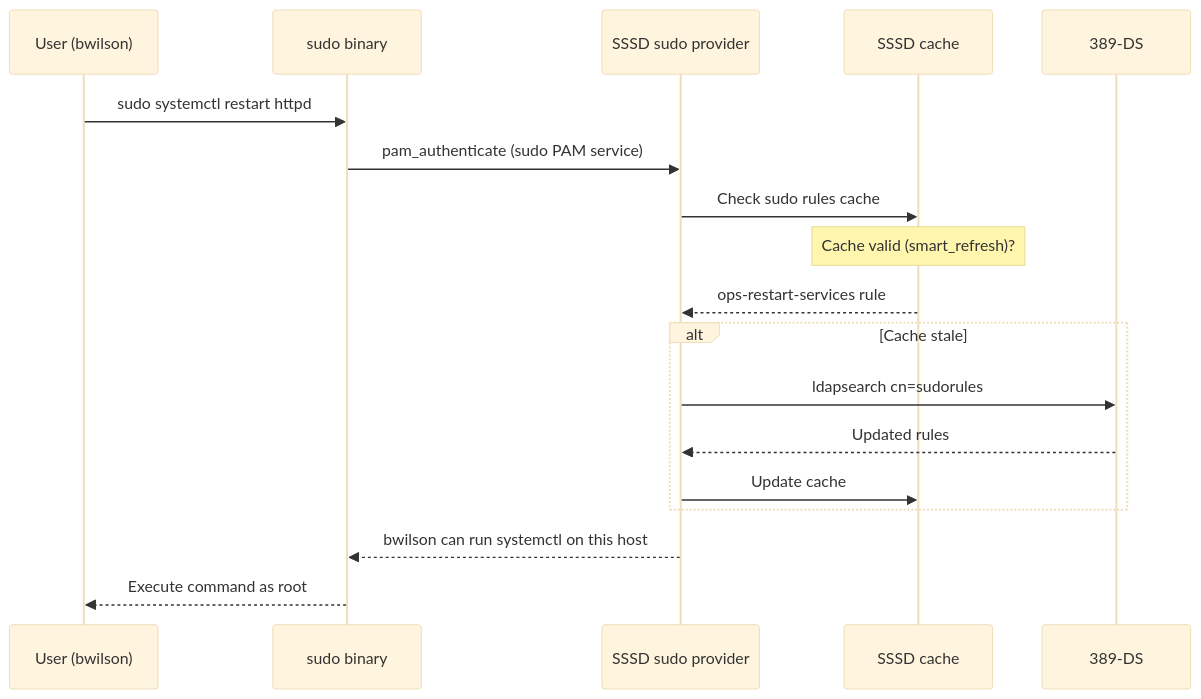
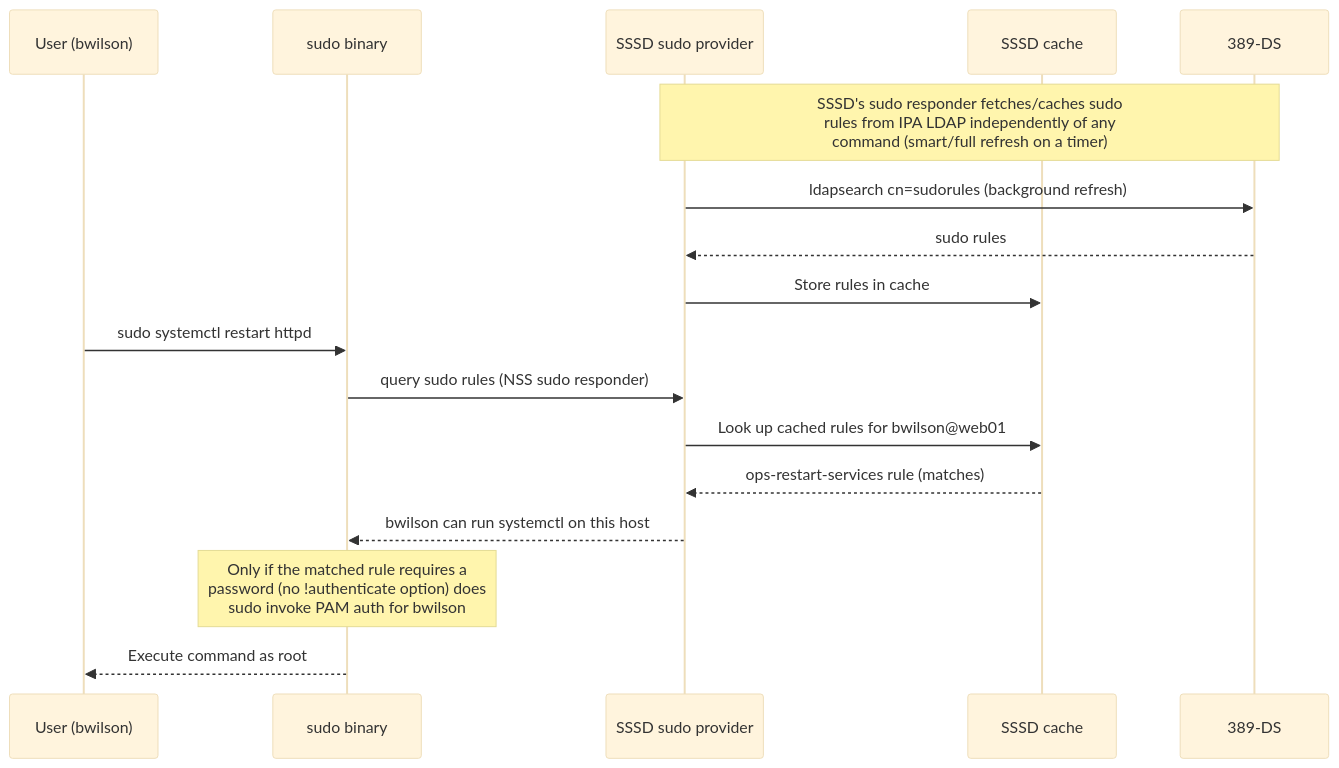
One commit to UncleJS/course_FreeIPA changed the fourth of 4 diagrams in 07_sudo_hbac.md. Above: the diagram before and after it, drawn with Mermaid (base theme). The commit also changed other lines of this file and 24 other files, not shown here.

````diff
--- a/07_sudo_hbac.md
+++ b/07_sudo_hbac.md
@@ -338,23 +335,22 @@
 ```mermaid
 sequenceDiagram
     participant U as User (bwilson)
     participant SUDO as sudo binary
     participant SSSD as SSSD sudo provider
     participant CACHE as SSSD cache
     participant LDAP as 389-DS
 
+    Note over SSSD,LDAP: SSSD's sudo responder fetches/caches sudo<br/>rules from IPA LDAP independently of any<br/>command (smart/full refresh on a timer)
+    SSSD->>LDAP: ldapsearch cn=sudorules (background refresh)
+    LDAP-->>SSSD: sudo rules
+    SSSD->>CACHE: Store rules in cache
+
     U->>SUDO: sudo systemctl restart httpd
-    SUDO->>SSSD: pam_authenticate (sudo PAM service)
-    SSSD->>CACHE: Check sudo rules cache
-    Note over CACHE: Cache valid (smart_refresh)?
-    CACHE-->>SSSD: ops-restart-services rule
+    SUDO->>SSSD: query sudo rules (NSS sudo responder)
+    SSSD->>CACHE: Look up cached rules for bwilson@web01
+    CACHE-->>SSSD: ops-restart-services rule (matches)
+    SSSD-->>SUDO: bwilson can run systemctl on this host
 
-    alt Cache stale
-        SSSD->>LDAP: ldapsearch cn=sudorules
-        LDAP-->>SSSD: Updated rules
-        SSSD->>CACHE: Update cache
-    end
-
-    SSSD-->>SUDO: bwilson can run systemctl on this host
+    Note over SUDO: Only if the matched rule requires a<br/>password (no !authenticate option) does<br/>sudo invoke PAM auth for bwilson
     SUDO-->>U: Execute command as root
 ```
````
